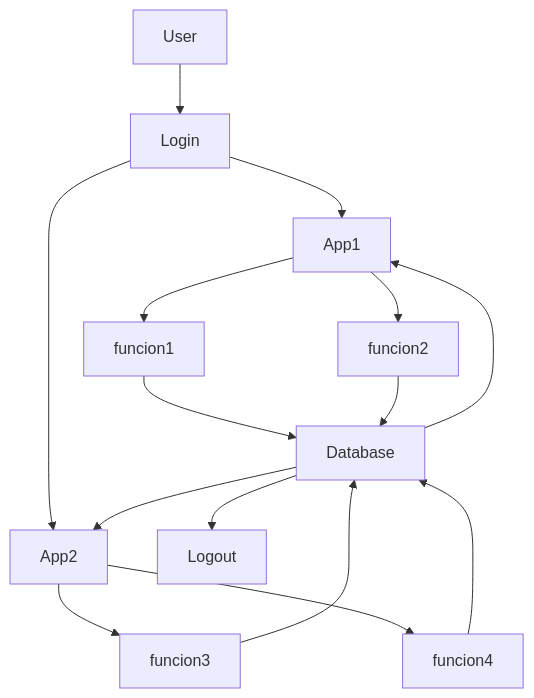
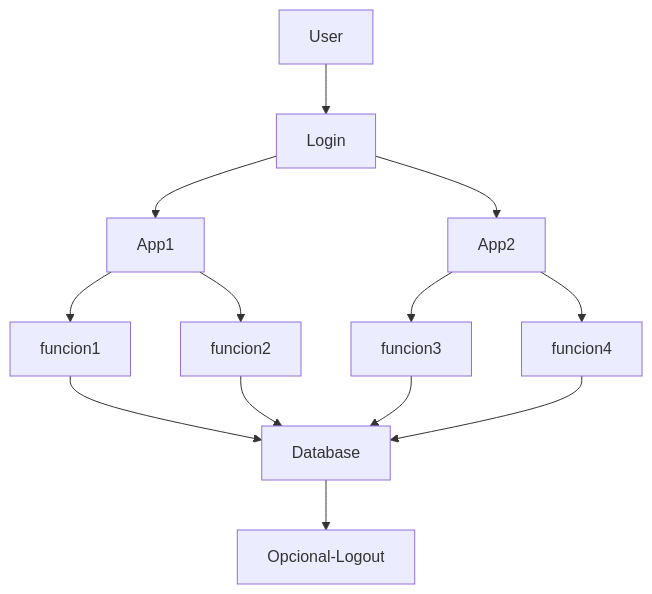
Before and after one commit to Andres020Mi/CEFAEMPRESA-ERP-DOCUMETATION: the diagram in README.md, drawn with Mermaid.

Commit message:
actualizacion en el diagrama sobre el funcionamiento del software a nivel basico

````diff
--- a/README.md
+++ b/README.md
@@ -13,30 +13,28 @@
 ```mermaid
 graph TD;
     User-->Login;
     Login-->App1;
     Login-->App2;
     
     App1-->funcion1
     App1-->funcion2
 
 
     
     App2-->funcion3
     App2-->funcion4
 
 
     funcion1-->Database
     funcion2-->Database
 
     
     funcion3-->Database
     funcion4-->Database
 
 
-    Database-->App1
-    Database-->App2
-    Database-->Logout
+    Database-->Opcional-Logout
 
 
 
 ```
````
